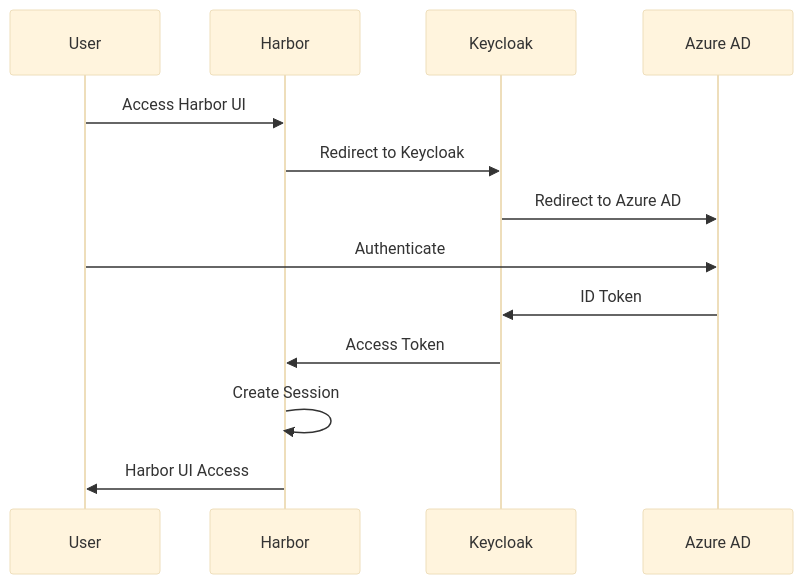
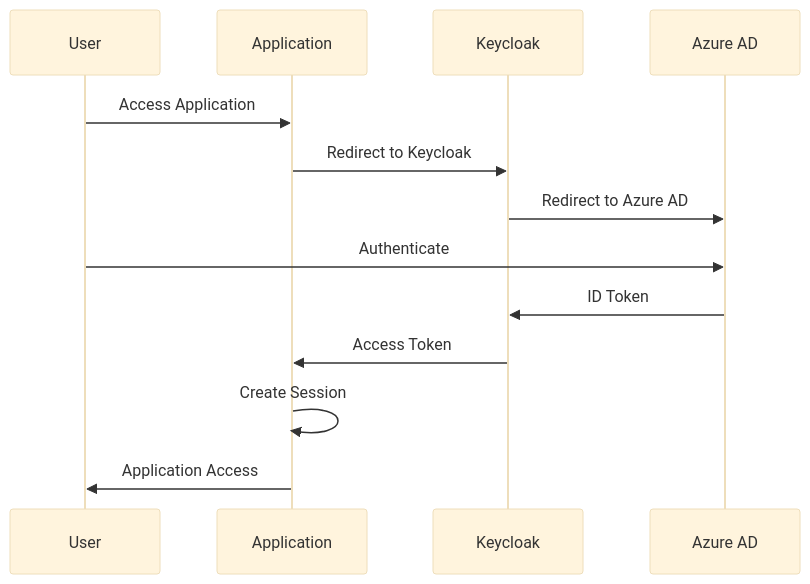
One commit to ProficientnowTech/pn-platform changed the third of 8 diagrams in docs/platform/rfcs/iam/08-application-integration.md. Above: the diagram before and after it, drawn with Mermaid (base theme). The commit also changed other lines of this file and 16 other files, not shown here.

````diff
--- a/docs/platform/rfcs/iam/08-application-integration.md
+++ b/docs/platform/rfcs/iam/08-application-integration.md
@@ -84,16 +84,16 @@
 ```mermaid
 sequenceDiagram
     participant U as User
-    participant H as Harbor
+    participant App as Application
     participant KC as Keycloak
     participant AAD as Azure AD
 
-    U->>H: Access Harbor UI
-    H->>KC: Redirect to Keycloak
+    U->>App: Access Application
+    App->>KC: Redirect to Keycloak
     KC->>AAD: Redirect to Azure AD
     U->>AAD: Authenticate
     AAD->>KC: ID Token
-    KC->>H: Access Token
-    H->>H: Create Session
-    H->>U: Harbor UI Access
+    KC->>App: Access Token
+    App->>App: Create Session
+    App->>U: Application Access
 ```
````
